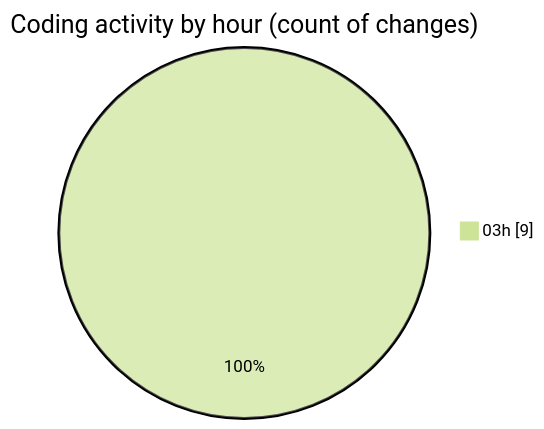
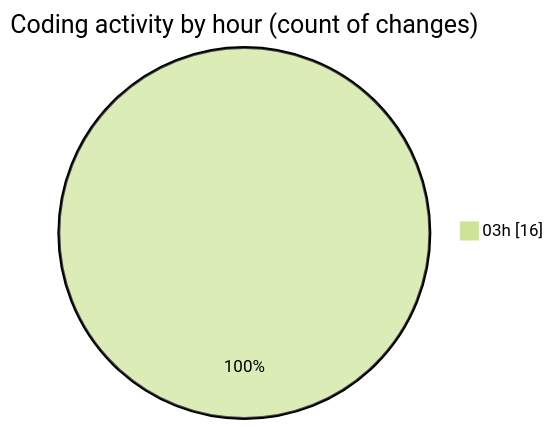
Before and after one commit to donsfak/code-tracking: the second of 2 diagrams in 2025-01-02/maps_clone/README.md, drawn with Mermaid (forest theme). The commit also changed other lines of this file and 2 other files, not shown here.

````diff
--- a/2025-01-02/maps_clone/README.md
+++ b/2025-01-02/maps_clone/README.md
@@ -36,5 +39,5 @@
 ```mermaid
 pie showData
 title Coding activity by hour (count of changes)
-"03h" : 9
+"03h" : 16
 ```
````
